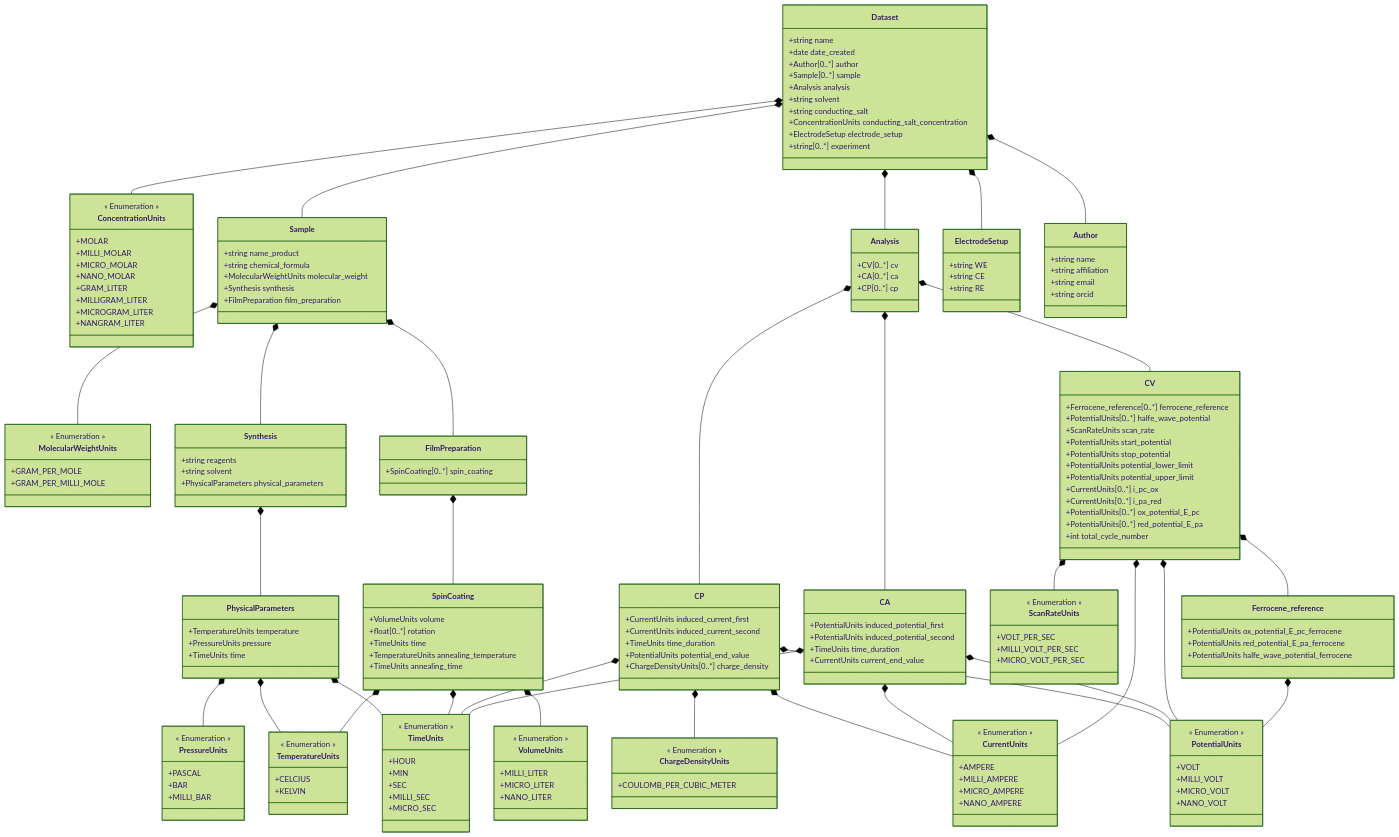
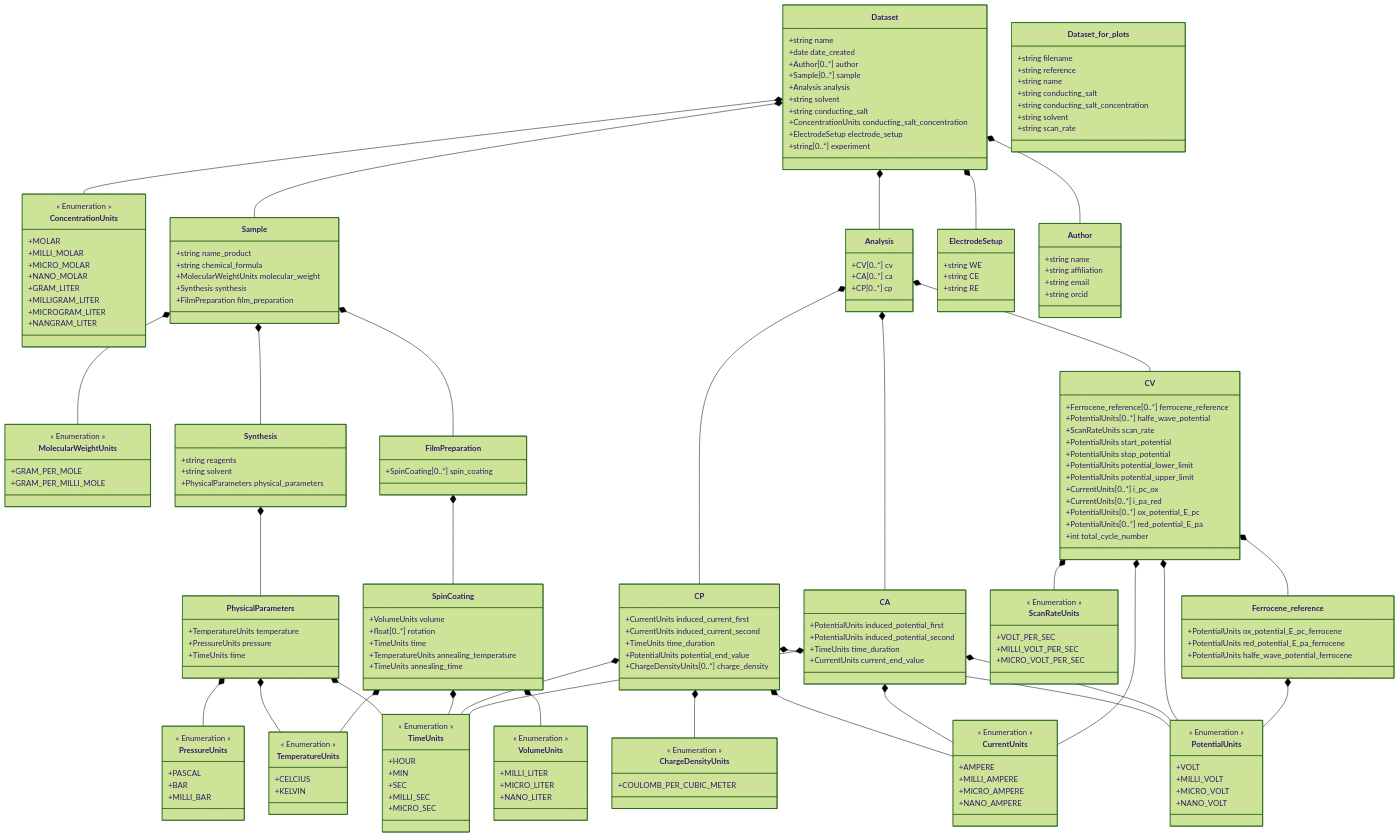
Before and after one commit to FAIRChemistry/datamodel-electrochemistry: the diagram in ElectrochemistryDataModel/schemes/electrochemistrydatamodel_schema.md, drawn with Mermaid (forest theme). The commit also changed 16 other files, not shown here.

```diff
--- a/ElectrochemistryDataModel/schemes/electrochemistrydatamodel_schema.md
+++ b/ElectrochemistryDataModel/schemes/electrochemistrydatamodel_schema.md
@@ -81,6 +81,16 @@
         +CV[0..*] cv
         +CA[0..*] ca
         +CP[0..*] cp
+    }
+    
+    class Dataset_for_plots {
+        +string filename
+        +string reference
+        +string name
+        +string conducting_salt
+        +string conducting_salt_concentration
+        +string solvent
+        +string scan_rate
     }
     
     class CP {
```
